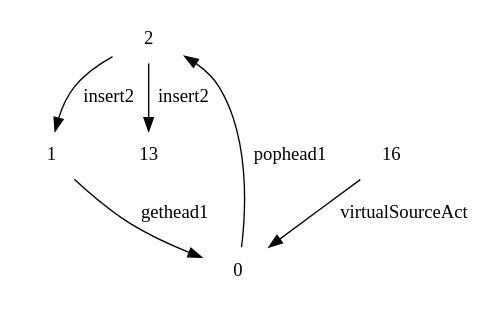
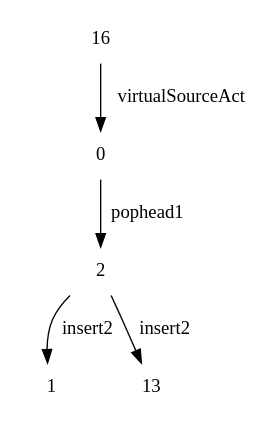
One commit to Tridu33/SAVG changed the diagram in PRP_planner-for-relevant-policies/solutionsByPRP/fond_reversell.dot. Above: the diagram before and after it, drawn with Graphviz. The commit also changed 189 other files, not shown here.

```diff
--- a/PRP_planner-for-relevant-policies/solutionsByPRP/fond_reversell.dot
+++ b/PRP_planner-for-relevant-policies/solutionsByPRP/fond_reversell.dot
@@ -1,12 +1,10 @@
 digraph G {
     node [shape=plaintext]
 2->1[label = "insert2"]
 2->13[label = "insert2"]
 
 0->2[label = "pophead1"]
 
 16->0[label = "virtualSourceAct"]
 
-1->0[label = "gethead1"]
-
 }
```
